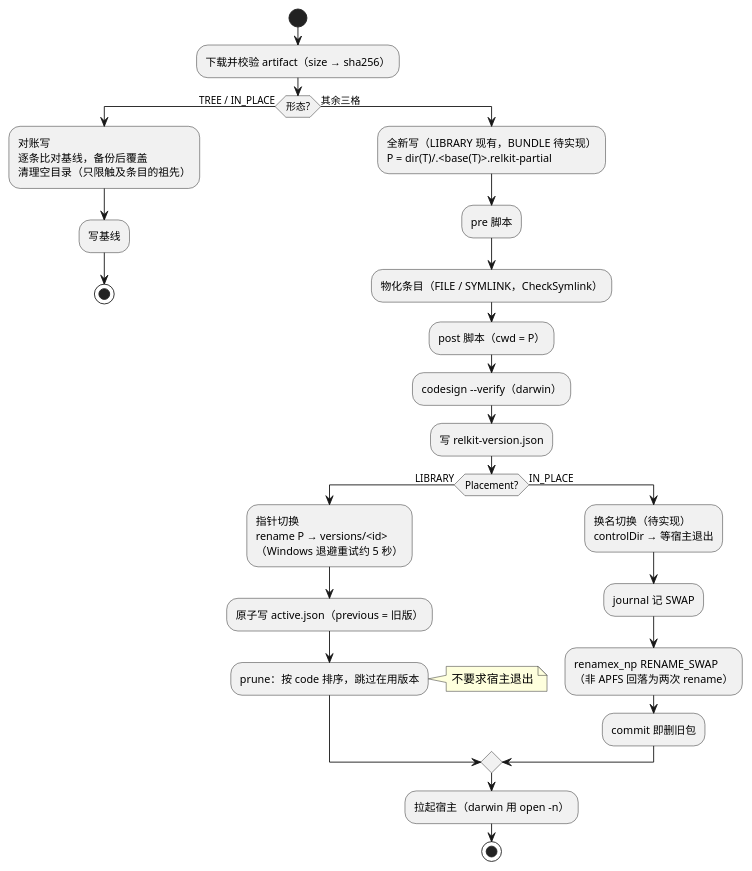
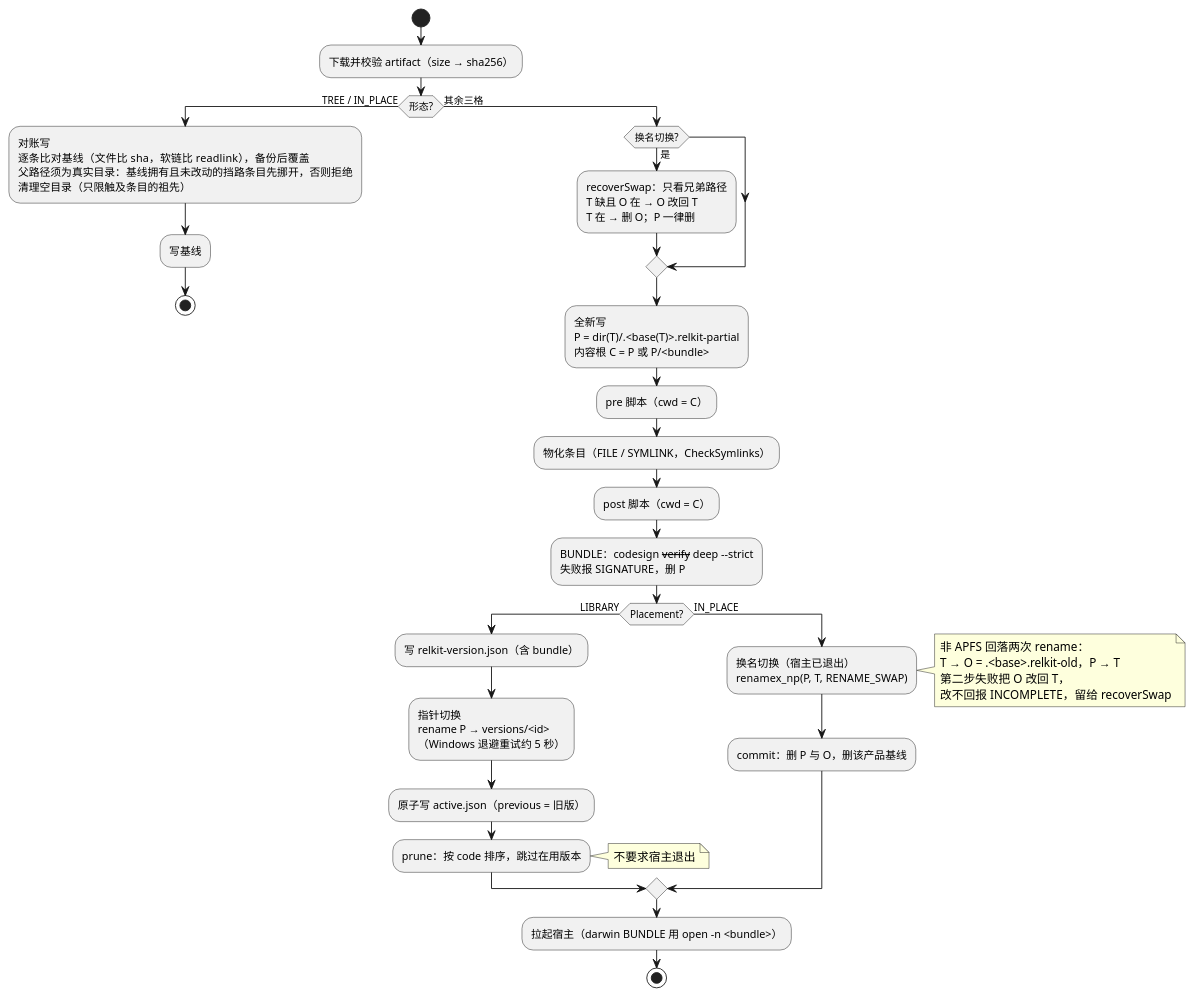
The ninth of 10 diagrams in docs/design/topology.md (shichao402/relkit), drawn with PlantUML before and after one commit. The commit also changed other lines of this file and 4 other files, not shown here.

````diff
--- a/docs/design/topology.md
+++ b/docs/design/topology.md
@@ -453,40 +458,51 @@
 ```plantuml
 @startuml
 skinparam shadowing false
 
 start
 :下载并校验 artifact（size → sha256）;
 if (形态?) then (TREE / IN_PLACE)
   :对账写
-  逐条比对基线，备份后覆盖
+  逐条比对基线（文件比 sha，软链比 readlink），备份后覆盖
+  父路径须为真实目录：基线拥有且未改动的挡路条目先挪开，否则拒绝
   清理空目录（只限触及条目的祖先）;
   :写基线;
   stop
 else (其余三格)
-  :全新写（LIBRARY 现有，BUNDLE 待实现）
-  P = dir(T)/.<base(T)>.relkit-partial;
-  :pre 脚本;
-  :物化条目（FILE / SYMLINK，CheckSymlink）;
-  :post 脚本（cwd = P）;
-  :codesign --verify（darwin）;
-  :写 relkit-version.json;
+  if (换名切换?) then (是)
+    :recoverSwap：只看兄弟路径
+    T 缺且 O 在 → O 改回 T
+    T 在 → 删 O；P 一律删;
+  endif
+  :全新写
+  P = dir(T)/.<base(T)>.relkit-partial
+  内容根 C = P 或 P/<bundle>;
+  :pre 脚本（cwd = C）;
+  :物化条目（FILE / SYMLINK，CheckSymlinks）;
+  :post 脚本（cwd = C）;
+  :BUNDLE：codesign --verify --deep --strict
+  失败报 SIGNATURE，删 P;
   if (Placement?) then (LIBRARY)
+    :写 relkit-version.json（含 bundle）;
     :指针切换
     rename P → versions/<id>
     （Windows 退避重试约 5 秒）;
     :原子写 active.json（previous = 旧版）;
     :prune：按 code 排序，跳过在用版本;
     note right: 不要求宿主退出
   else (IN_PLACE)
-    :换名切换（待实现）
-    controlDir → 等宿主退出;
-    :journal 记 SWAP;
-    :renamex_np RENAME_SWAP
-    （非 APFS 回落为两次 rename）;
-    :commit 即删旧包;
+    :换名切换（宿主已退出）
+    renamex_np(P, T, RENAME_SWAP);
+    note right
+      非 APFS 回落两次 rename：
+      T → O = .<base>.relkit-old，P → T
+      第二步失败把 O 改回 T，
+      改不回报 INCOMPLETE，留给 recoverSwap
+    end note
+    :commit：删 P 与 O，删该产品基线;
   endif
-  :拉起宿主（darwin 用 open -n）;
+  :拉起宿主（darwin BUNDLE 用 open -n <bundle>）;
   stop
 endif
 @enduml
 ```
````
